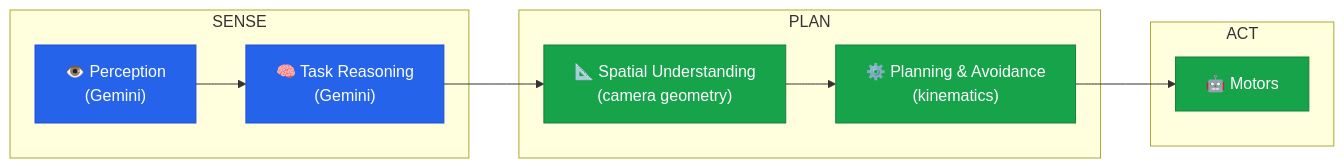
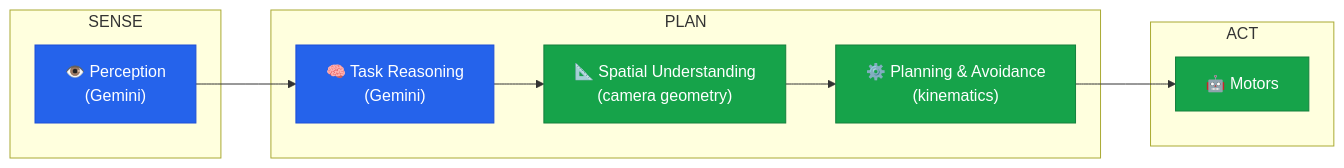
The diagram in README.md (avikde/vla-pipeline), drawn with Mermaid before and after one commit. The commit also changed other lines of this file and 1 other file, not shown here.

````diff
--- a/README.md
+++ b/README.md
@@ -7,25 +7,25 @@
 ```mermaid
 flowchart LR
     subgraph SENSE["SENSE"]
         P["👁️ Perception\n(Gemini)"]
-        TR["🧠 Task Reasoning\n(Gemini)"]
     end
     subgraph PLAN["PLAN"]
+        TR["🧠 Task Reasoning\n(Gemini)"]
         SU["📐 Spatial Understanding\n(camera geometry)"]
         PA["⚙️ Planning & Avoidance\n(kinematics)"]
     end
     subgraph ACT["ACT"]
         M["🤖 Motors"]
     end
 
     P --> TR
     TR --> SU
     SU --> PA
     PA --> M
 
     style P fill:#2563eb,stroke:#1d4ed8,color:#fff
     style TR fill:#2563eb,stroke:#1d4ed8,color:#fff
     style SU fill:#16a34a,stroke:#15803d,color:#fff
     style PA fill:#16a34a,stroke:#15803d,color:#fff
     style M fill:#16a34a,stroke:#15803d,color:#fff
 ```
````
